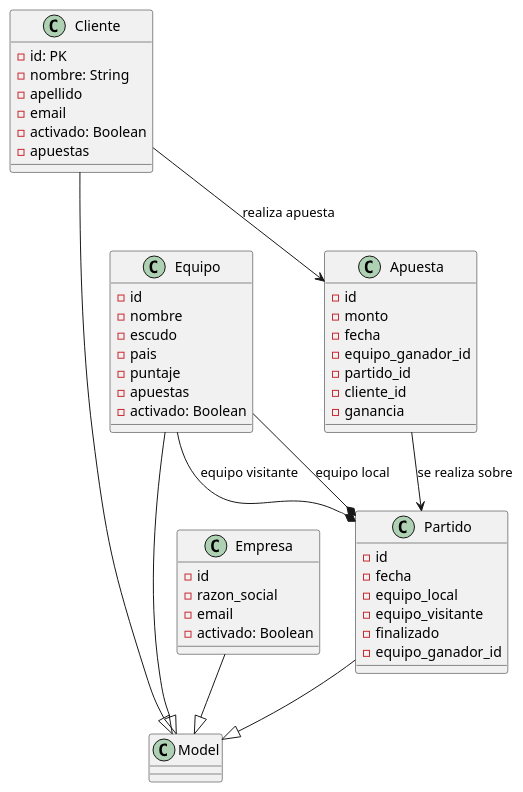
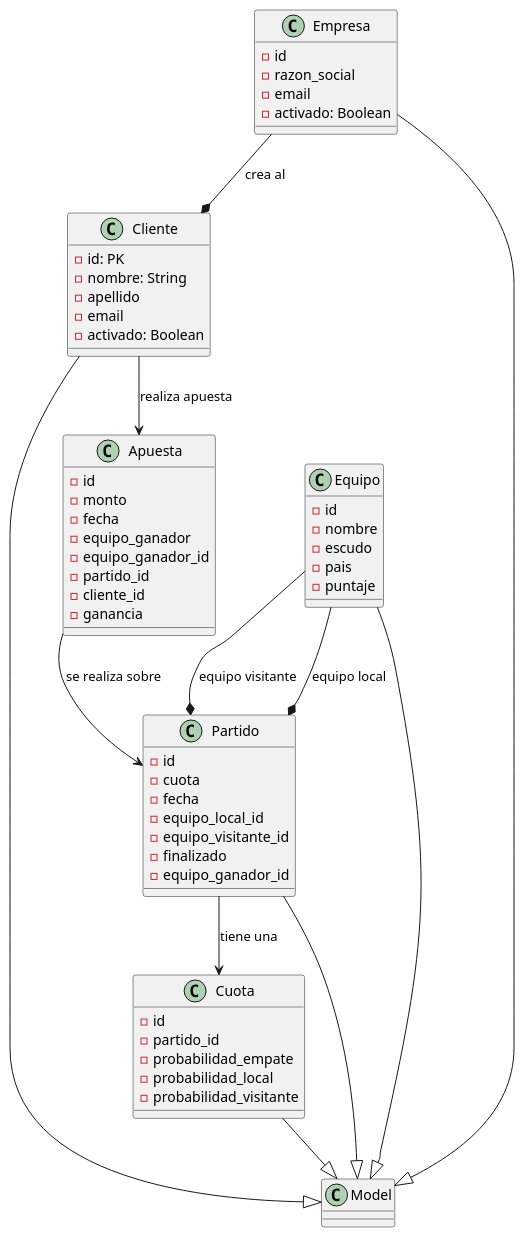
The diagram in docs/diagrama_de_clases.puml (GastonFenske/Bookmaker-DS), drawn with PlantUML before and after one commit. The commit also changed 6 other files, not shown here.

```diff
--- a/docs/diagrama_de_clases.puml
+++ b/docs/diagrama_de_clases.puml
@@ -1,60 +1,71 @@
 @startuml
 class Cliente {
     - id: PK
     - nombre: String
     - apellido
     - email 
     - activado: Boolean
-    - apuestas
 }
 
 class Empresa {
     - id
     - razon_social
     - email
     - activado: Boolean
 }
 
 class Equipo {
     - id
     - nombre
     - escudo
     - pais 
     - puntaje 
-    - apuestas
-    - activado: Boolean
 }
 
 class Apuesta {
     - id 
     - monto
     - fecha
+    - equipo_ganador
     - equipo_ganador_id
     - partido_id
     - cliente_id
     - ganancia 
 }
 
 class Partido {
     - id
+    - cuota
     - fecha 
-    - equipo_local
-    - equipo_visitante
+    - equipo_local_id
+    - equipo_visitante_id
     - finalizado 
     - equipo_ganador_id
 }
 
+class Cuota {
+    - id
+    - partido_id
+    - probabilidad_empate
+    - probabilidad_local
+    - probabilidad_visitante
+}
+
+
+Empresa --* Cliente: crea al
 Equipo --* Partido: equipo local
 Equipo --* Partido: equipo visitante
 
 Cliente --> Apuesta: realiza apuesta
+Partido --> Cuota: tiene una
 
 Cliente --|> Model
 Empresa --|> Model
 Partido --|> Model
 Equipo --|> Model
+Cuota --|> Model
 
 Apuesta --> Partido: se realiza sobre
 
 
 @enduml
```
